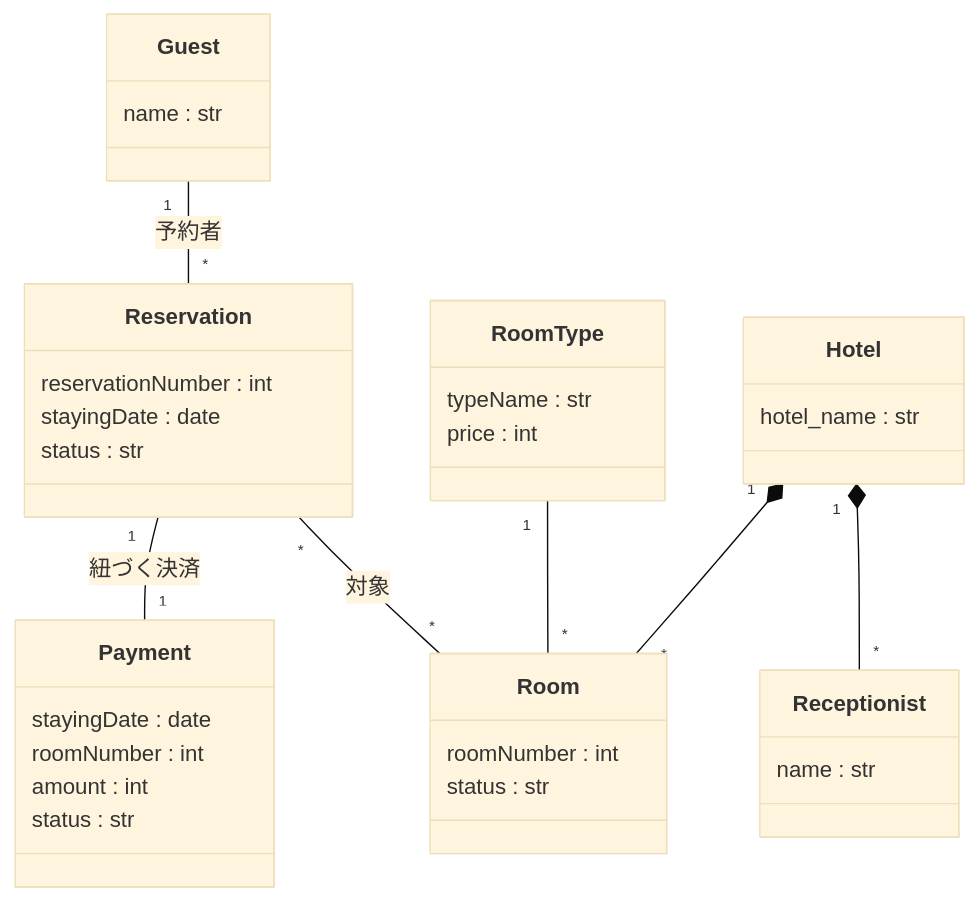
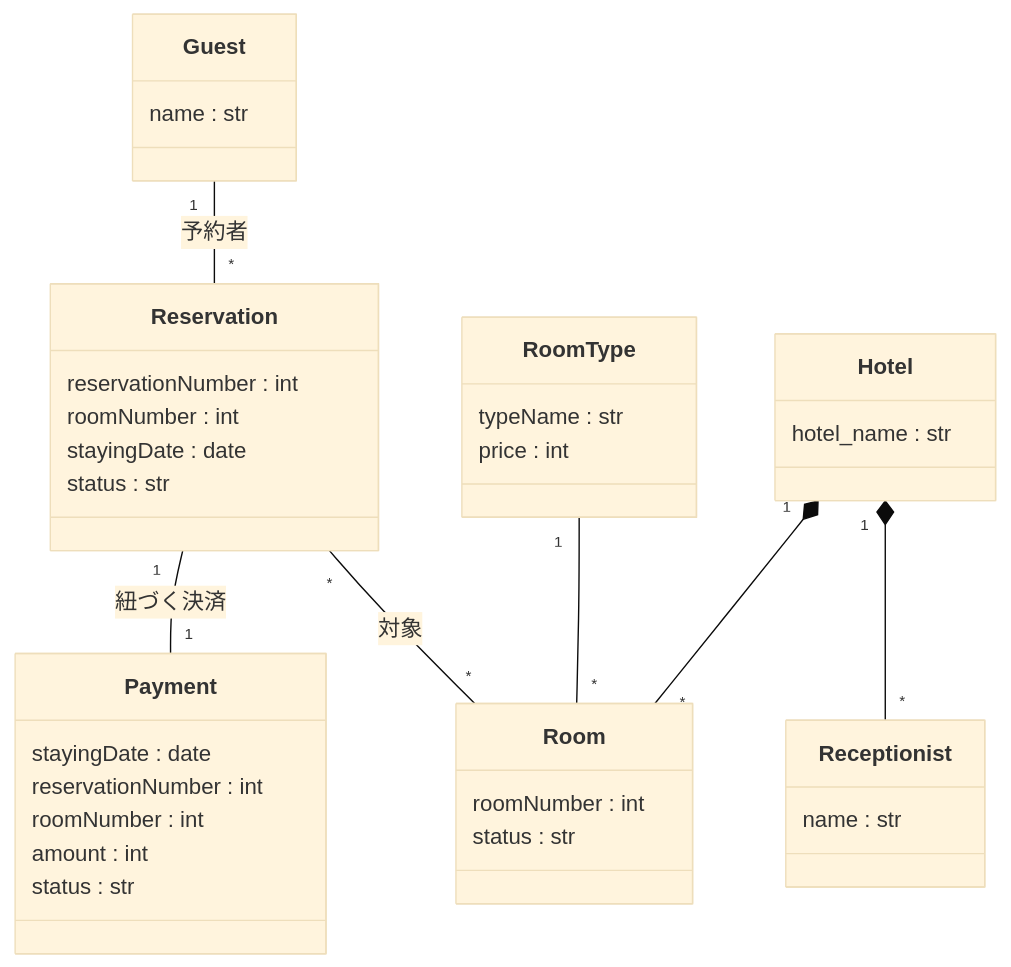
One commit to Kohki-tyl/HRS changed the first of 2 diagrams in Domain_Analysis.md. Above: the diagram before and after it, drawn with Mermaid (base theme). The commit also changed other lines of this file and 1 other file, not shown here.

````diff
--- a/Domain_Analysis.md
+++ b/Domain_Analysis.md
@@ -20,37 +20,39 @@
 ```mermaid
 classDiagram
     class Guest {
         name : str
     }
     class Reservation {
         reservationNumber : int
+        roomNumber : int
         stayingDate : date
         status : str
     }
     class Hotel {
         hotel_name : str
     }
     class RoomType {
         typeName : str
         price : int
     }
     class Room {
         roomNumber : int
         status : str
     }
     class Receptionist{
         name : str
     }
     class Payment {
         stayingDate : date
+        reservationNumber : int
         roomNumber : int
         amount : int
         status : str
     }
     Hotel "1" *-- "*" Room : 
     Hotel "1" *-- "*" Receptionist : 
     RoomType "1" -- "*" Room : 
     Guest "1" -- "*" Reservation : 予約者
     Reservation "*" -- "*" Room : 対象
     Reservation "1" -- "1" Payment : 紐づく決済
 ```
````
